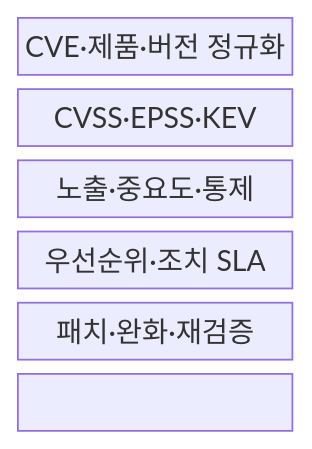
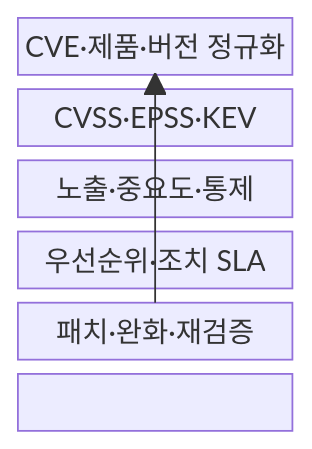
The first of 2 diagrams in src/content/docs/notes/05-security/120_vulnerability_prioritization_epss_cvss.md (agnusdei1207/knowledge-base), drawn with Mermaid before and after one commit. The commit also changed other lines of this file and 20 other files, not shown here.

````diff
--- a/src/content/docs/notes/05-security/120_vulnerability_prioritization_epss_cvss.md
+++ b/src/content/docs/notes/05-security/120_vulnerability_prioritization_epss_cvss.md
@@ -52,11 +52,11 @@
 ```mermaid
-block-beta
+block
   columns 1
   V["CVE·제품·버전 정규화"]
   T["CVSS·EPSS·KEV"]
   A["노출·중요도·통제"]
   P["우선순위·조치 SLA"]
   R["패치·완화·재검증"]
-  V --- T --- A
-  A --- P --- R
+  V --> T --> A --> P --> R
+  R --> V
 ```
````
